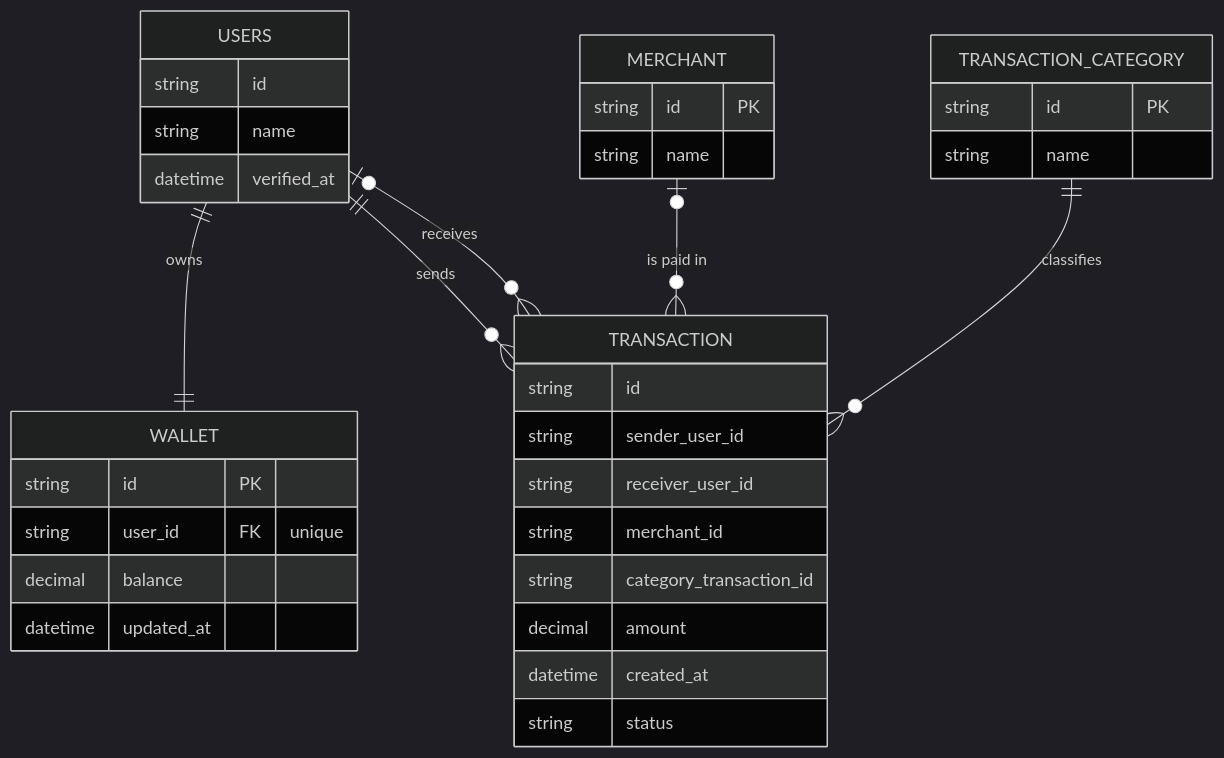
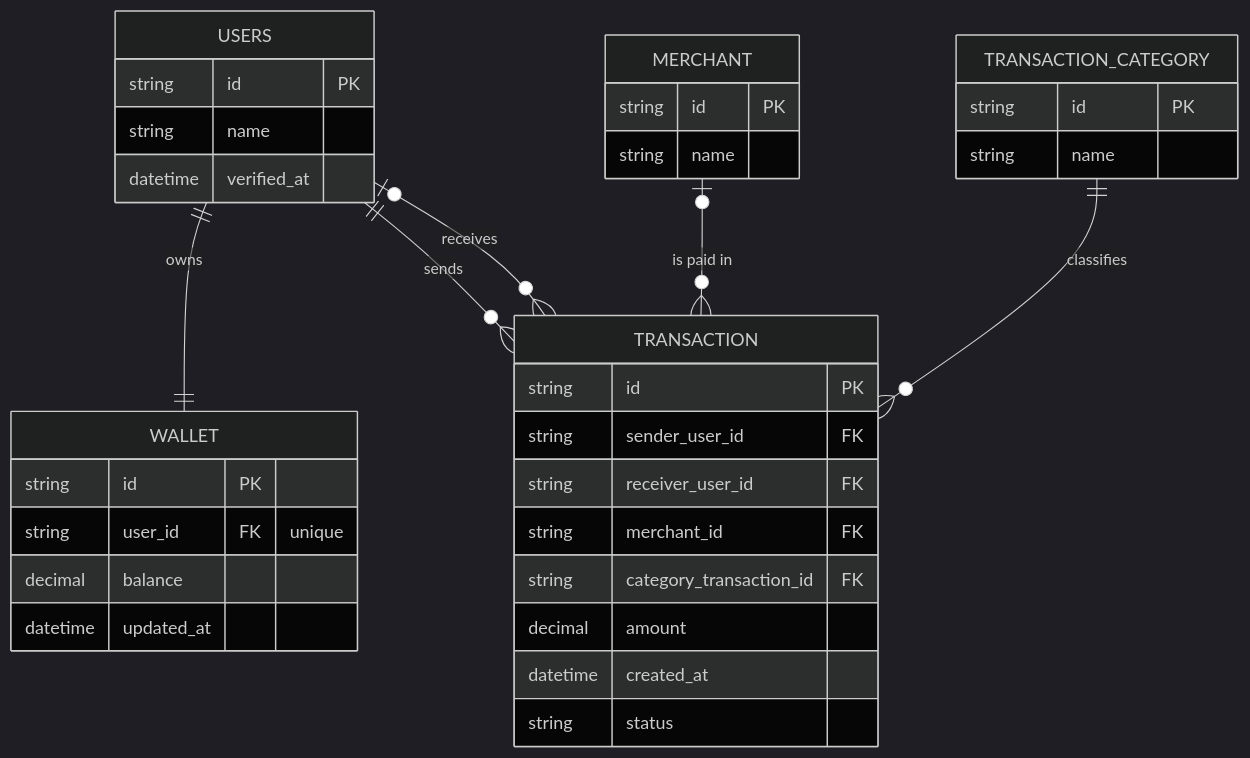
One commit to icangku/koda-b1-db1 changed the diagram in koda-b1-db1-ewallet.md. Above: the diagram before and after it, drawn with Mermaid (dark theme).

````diff
--- a/koda-b1-db1-ewallet.md
+++ b/koda-b1-db1-ewallet.md
@@ -1,38 +1,38 @@
 ```mermaid
 erDiagram
 USERS ||--||WALLET: owns
 TRANSACTION_CATEGORY ||--o{TRANSACTION:classifies
 MERCHANT |o--o{ TRANSACTION : "is paid in"
 USERS |o--o{TRANSACTION:"receives"
 USERS ||--o{TRANSACTION:"sends"
 WALLET {
   string id PK
   string user_id FK "unique"
   decimal balance
   datetime updated_at
 }
 USERS {
-  string id
+  string id PK
   string name
   datetime verified_at
 }
 TRANSACTION{
-  string id
-  string sender_user_id
-  string receiver_user_id
-  string merchant_id
-  string category_transaction_id
+  string id PK
+  string sender_user_id FK
+  string receiver_user_id FK
+  string merchant_id FK
+  string category_transaction_id FK
   decimal amount
   datetime created_at
   string status
 }
 TRANSACTION_CATEGORY{
   string id PK
   string name
 }
 MERCHANT{
   string id PK
   string name
 }
 
 ```
````
